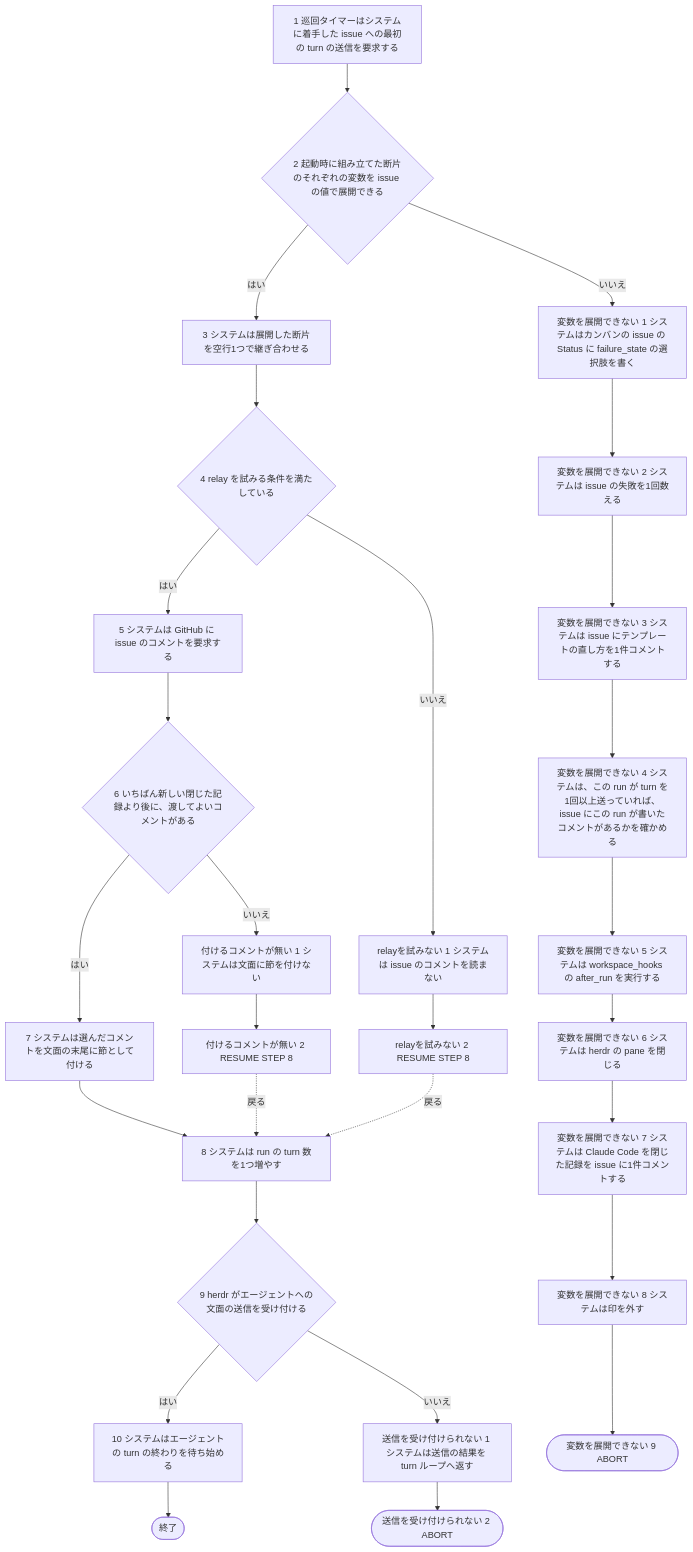
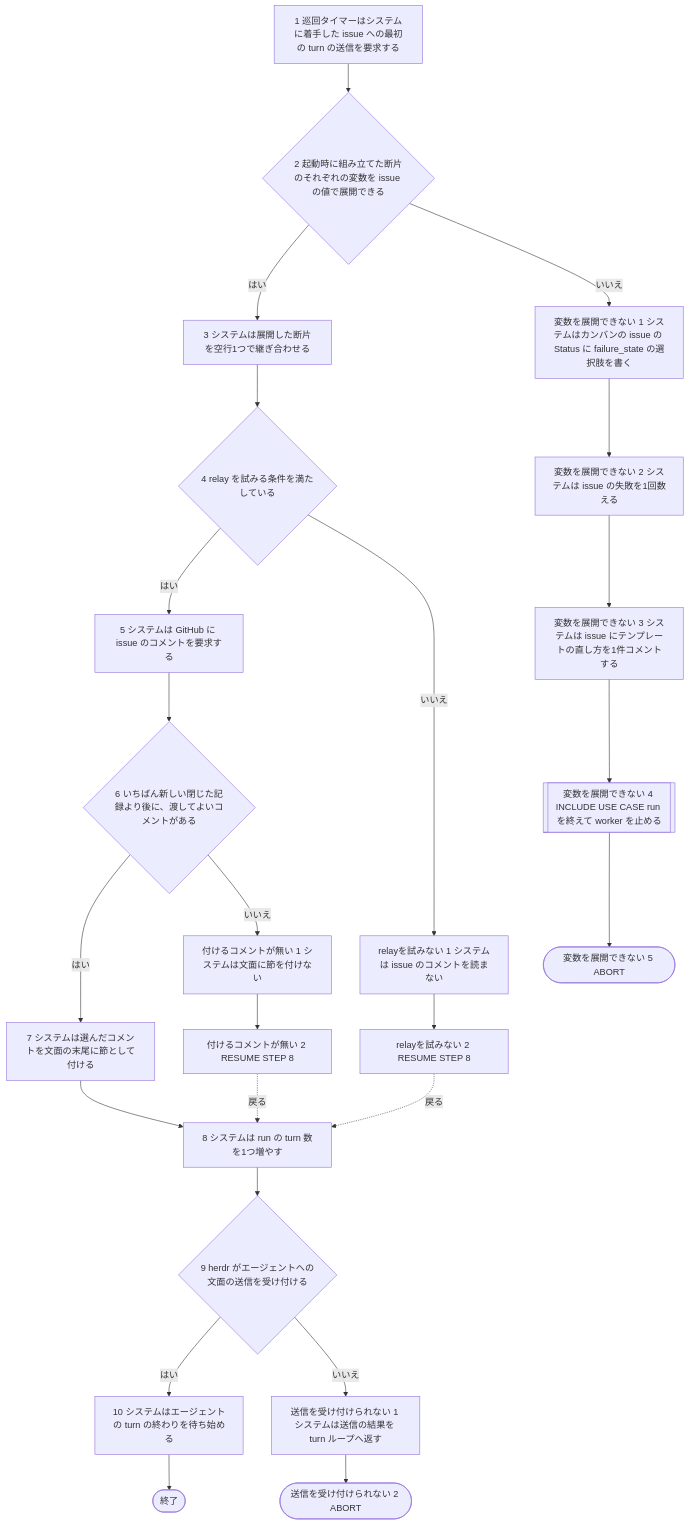
Before and after one commit to maimuzo/continuo: the second of 2 diagrams in docs/spec/usecases/particular_case/指示書の文面を組み立てて送る.rucm.md, drawn with Mermaid. The commit also changed other lines of this file and 93 other files, not shown here.

````diff
--- a/docs/spec/usecases/particular_case/指示書の文面を組み立てて送る.rucm.md
+++ b/docs/spec/usecases/particular_case/指示書の文面を組み立てて送る.rucm.md
@@ -182,55 +183,47 @@
 ```mermaid
 flowchart TD
     BS1["1 巡回タイマーはシステムに着手した issue への最初の turn の送信を要求する"]
     BS2{"2 起動時に組み立てた断片のそれぞれの変数を issue の値で展開できる"}
     BS3["3 システムは展開した断片を空行1つで継ぎ合わせる"]
     BS4{"4 relay を試みる条件を満たしている"}
     BS5["5 システムは GitHub に issue のコメントを要求する"]
     BS6{"6 いちばん新しい閉じた記録より後に、渡してよいコメントがある"}
     BS7["7 システムは選んだコメントを文面の末尾に節として付ける"]
     BS8["8 システムは run の turn 数を1つ増やす"]
     BS9{"9 herdr がエージェントへの文面の送信を受け付ける"}
     BS10["10 システムはエージェントの turn の終わりを待ち始める"]
     A1S1["変数を展開できない 1 システムはカンバンの issue の Status に failure_state の選択肢を書く"]
     A1S2["変数を展開できない 2 システムは issue の失敗を1回数える"]
     A1S3["変数を展開できない 3 システムは issue にテンプレートの直し方を1件コメントする"]
-    A1S4["変数を展開できない 4 システムは、この run が turn を1回以上送っていれば、issue にこの run が書いたコメントがあるかを確かめる"]
-    A1S5["変数を展開できない 5 システムは workspace_hooks の after_run を実行する"]
-    A1S6["変数を展開できない 6 システムは herdr の pane を閉じる"]
-    A1S7["変数を展開できない 7 システムは Claude Code を閉じた記録を issue に1件コメントする"]
-    A1S8["変数を展開できない 8 システムは印を外す"]
-    A1S9(["変数を展開できない 9 ABORT"])
+    A1S4[["変数を展開できない 4 INCLUDE USE CASE run を終えて worker を止める"]]
+    A1S5(["変数を展開できない 5 ABORT"])
     A2S1["relayを試みない 1 システムは issue のコメントを読まない"]
     A2S2["relayを試みない 2 RESUME STEP 8"]
     A3S1["付けるコメントが無い 1 システムは文面に節を付けない"]
     A3S2["付けるコメントが無い 2 RESUME STEP 8"]
     A4S1["送信を受け付けられない 1 システムは送信の結果を turn ループへ返す"]
     A4S2(["送信を受け付けられない 2 ABORT"])
     BS1 --> BS2
     BS2 -- はい --> BS3
     BS2 -- いいえ --> A1S1
     BS3 --> BS4
     BS4 -- はい --> BS5
     BS4 -- いいえ --> A2S1
     BS5 --> BS6
     BS6 -- はい --> BS7
     BS6 -- いいえ --> A3S1
     BS7 --> BS8
     BS8 --> BS9
     BS9 -- はい --> BS10
     BS9 -- いいえ --> A4S1
     A1S1 --> A1S2
     A1S2 --> A1S3
     A1S3 --> A1S4
     A1S4 --> A1S5
-    A1S5 --> A1S6
-    A1S6 --> A1S7
-    A1S7 --> A1S8
-    A1S8 --> A1S9
     A2S1 --> A2S2
     A2S2 -. "戻る" .-> BS8
     A3S1 --> A3S2
     A3S2 -. "戻る" .-> BS8
     A4S1 --> A4S2
     BS10 --> END(["終了"])
 ```
````
